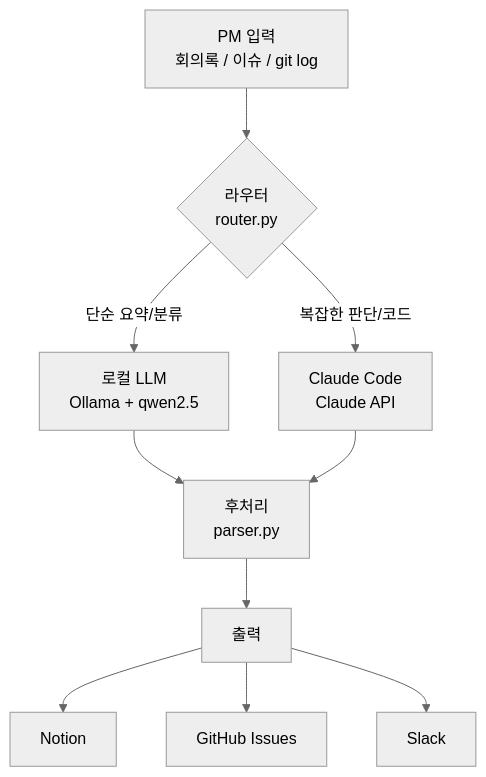
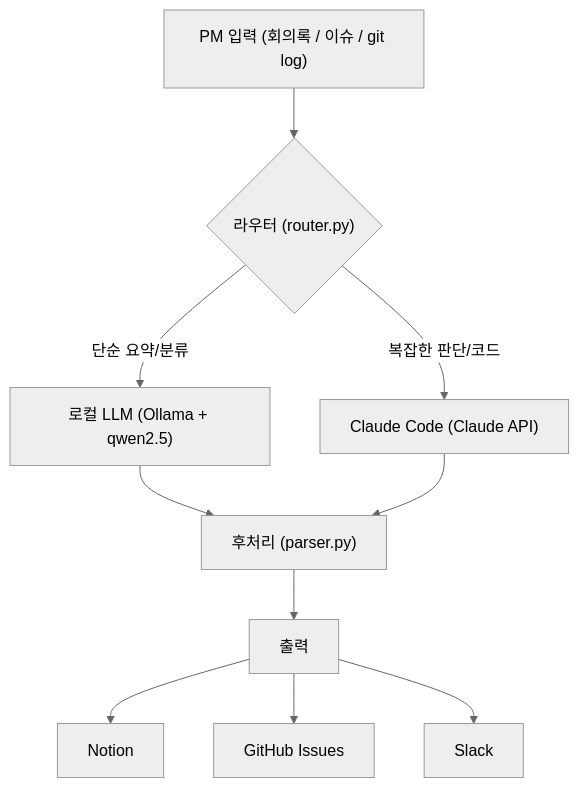
The diagram in _posts/2026-05-20-make-ai-agent-local-llm-claude-code-pm.md (ilpyoyang/ilpyoyang.github.io), drawn with Mermaid (neutral theme) before and after one commit. The commit also changed other lines of this file, not shown here.

Commit message:
fix: remove \n from mermaid node labels, use quoted single-line labels

````diff
--- a/_posts/2026-05-20-make-ai-agent-local-llm-claude-code-pm.md
+++ b/_posts/2026-05-20-make-ai-agent-local-llm-claude-code-pm.md
@@ -77,12 +77,12 @@
 ```mermaid
 graph TD
-    A[PM 입력\n회의록 / 이슈 / git log] --> B{라우터\nrouter.py}
-    B -->|단순 요약/분류| C[로컬 LLM\nOllama + qwen2.5]
-    B -->|복잡한 판단/코드| D[Claude Code\nClaude API]
-    C --> E[후처리\nparser.py]
+    A["PM 입력 (회의록 / 이슈 / git log)"] --> B{"라우터 (router.py)"}
+    B -->|단순 요약/분류| C["로컬 LLM (Ollama + qwen2.5)"]
+    B -->|복잡한 판단/코드| D["Claude Code (Claude API)"]
+    C --> E["후처리 (parser.py)"]
     D --> E
     E --> F[출력]
     F --> G[Notion]
     F --> H[GitHub Issues]
     F --> I[Slack]
 ```
````
